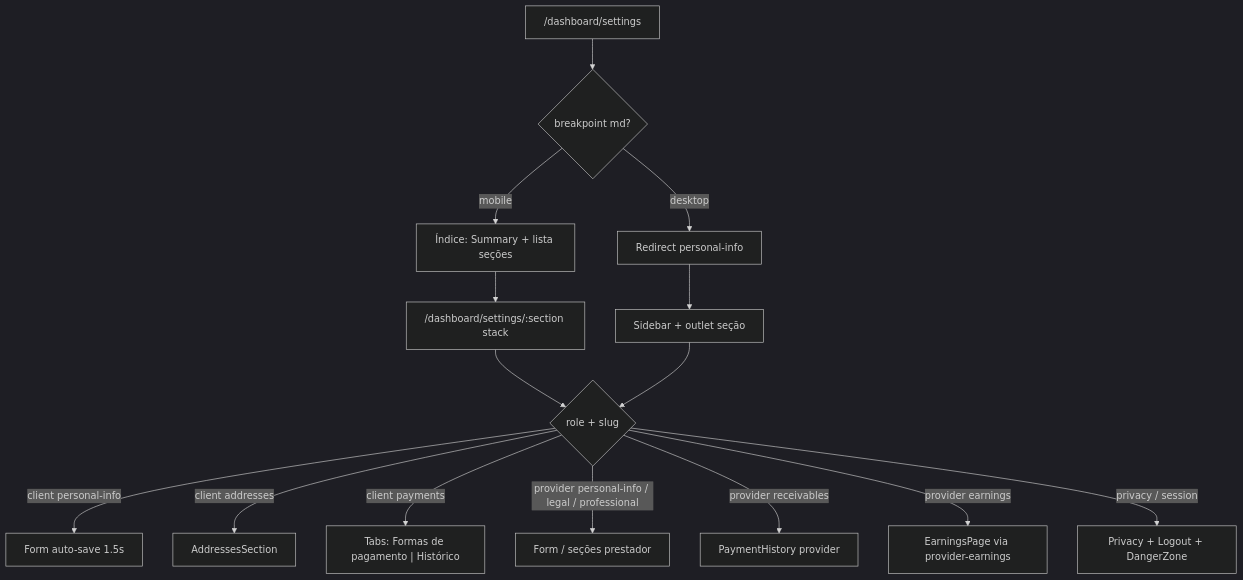
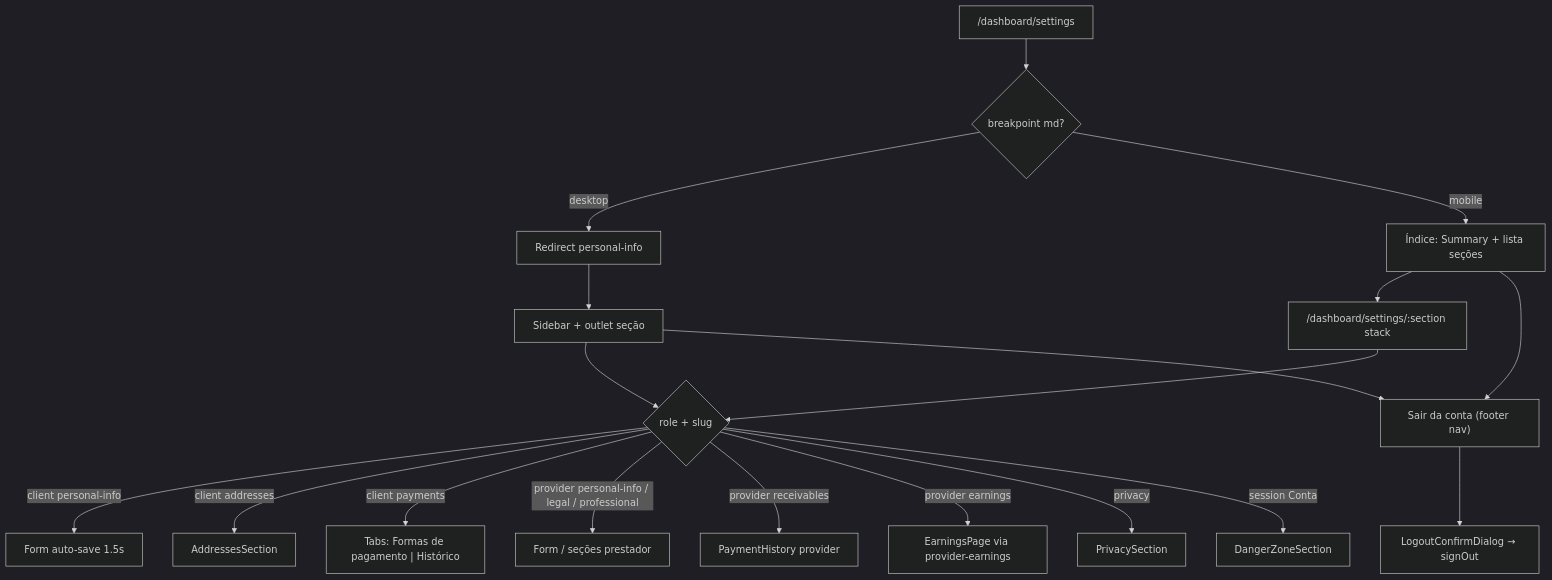
The diagram in docs/business/modulos/settings/features/configuracoes.md (higorpo/renovi-orbit-test), drawn with Mermaid (dark theme) before and after one commit. The commit also changed other lines of this file and 13 other files, not shown here.

````diff
--- a/docs/business/modulos/settings/features/configuracoes.md
+++ b/docs/business/modulos/settings/features/configuracoes.md
@@ -53,17 +54,21 @@
 ```mermaid
 flowchart TD
   A["/dashboard/settings"] --> B{breakpoint md?}
   B -->|desktop| C["Redirect personal-info"]
   B -->|mobile| D["Índice: Summary + lista seções"]
   D --> E["/dashboard/settings/:section stack"]
   C --> F["Sidebar + outlet seção"]
   E --> G{role + slug}
   F --> G
   G -->|client personal-info| H[Form auto-save 1.5s]
   G -->|client addresses| I[AddressesSection]
   G -->|client payments| J["Tabs: Formas de pagamento | Histórico"]
   G -->|provider personal-info / legal / professional| K[Form / seções prestador]
   G -->|provider receivables| L[PaymentHistory provider]
   G -->|provider earnings| M[EarningsPage via provider-earnings]
-  G -->|privacy / session| N[Privacy + Logout + DangerZone]
+  G -->|privacy| N[PrivacySection]
+  G -->|session Conta| O[DangerZoneSection]
+  D --> P["Sair da conta (footer nav)"]
+  F --> P
+  P --> Q["LogoutConfirmDialog → signOut"]
 ```
````
